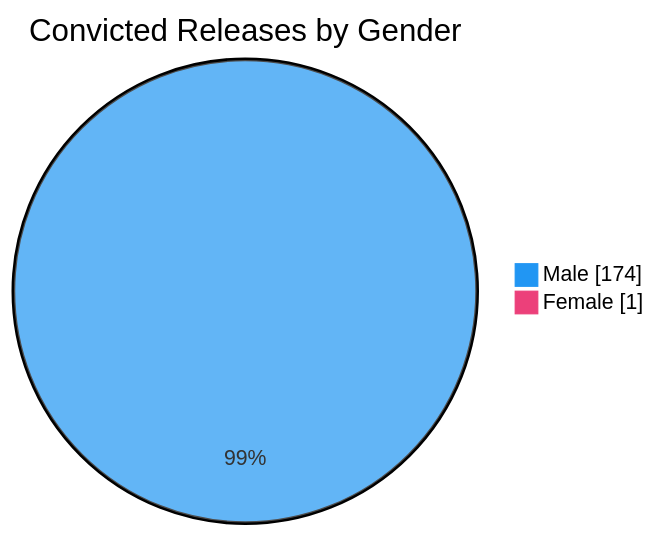
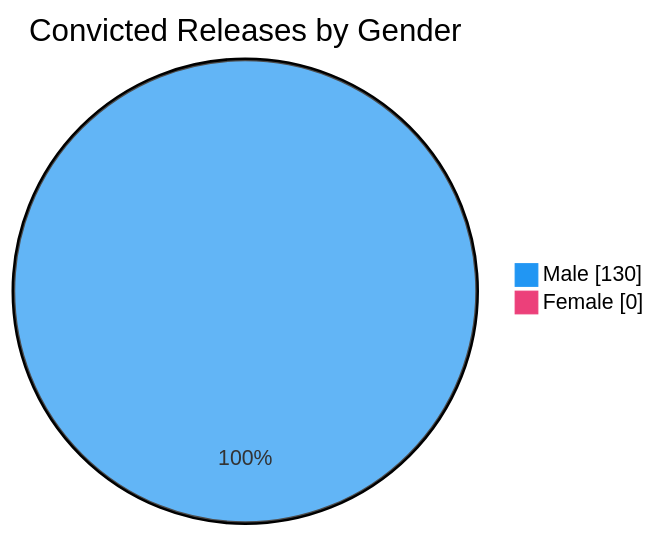
Before and after one commit to nuuuwan/lk_prisons: the sixth of 7 diagrams in README.md, drawn with Mermaid. The commit also changed other lines of this file and 1 other file, not shown here.

````diff
--- a/README.md
+++ b/README.md
@@ -98,6 +98,6 @@
 ```mermaid
 %%{init: {'themeVariables': {'pie1': '#2196F3', 'pie2': '#EC407A'}}}%%
 pie showData title Convicted Releases by Gender
-    "Male" : 174
-    "Female" : 1
+    "Male" : 130
+    "Female" : 0
 ```
````
